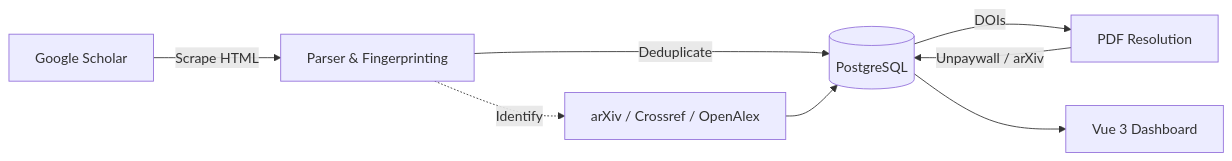
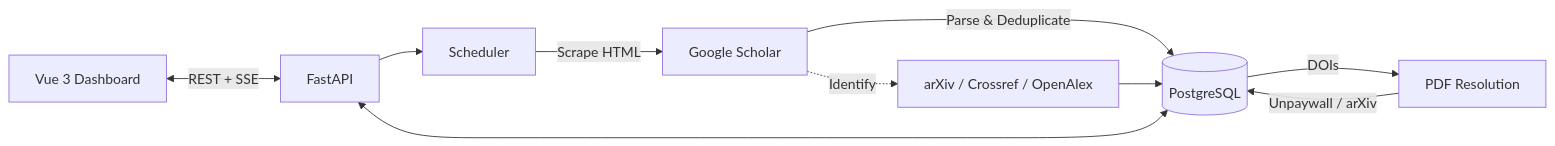
The diagram in README.md (JustinZeus/scholarr), drawn with Mermaid before and after one commit. The commit also changed other lines of this file and 1 other file, not shown here.

Commit message:
docs: fix logo dark-mode visibility and add FastAPI/SSE to architecture diagram
- Add white logo variant at .github/logo-dark.png using <picture> tag
  with prefers-color-scheme media query
- Update mermaid diagram to show Vue<->FastAPI REST+SSE connection
  and bidirectional API<->DB relationship

````diff
--- a/README.md
+++ b/README.md
@@ -93,10 +97,12 @@
 ```mermaid
 graph LR
-    Scholar[Google Scholar] -->|Scrape HTML| Parser[Parser & Fingerprinting]
-    Parser -->|Deduplicate| DB[(PostgreSQL)]
-    Parser -.->|Identify| APIs[arXiv / Crossref / OpenAlex]
-    APIs --> DB
+    UI[Vue 3 Dashboard] <-->|REST + SSE| API[FastAPI]
+    API --> Scheduler[Scheduler]
+    Scheduler -->|Scrape HTML| Scholar[Google Scholar]
+    Scholar -->|Parse & Deduplicate| DB[(PostgreSQL)]
+    Scholar -.->|Identify| Ext[arXiv / Crossref / OpenAlex]
+    Ext --> DB
     DB -->|DOIs| PDF[PDF Resolution]
     PDF -->|Unpaywall / arXiv| DB
-    DB --> UI[Vue 3 Dashboard]
+    API <--> DB
 ```
````
